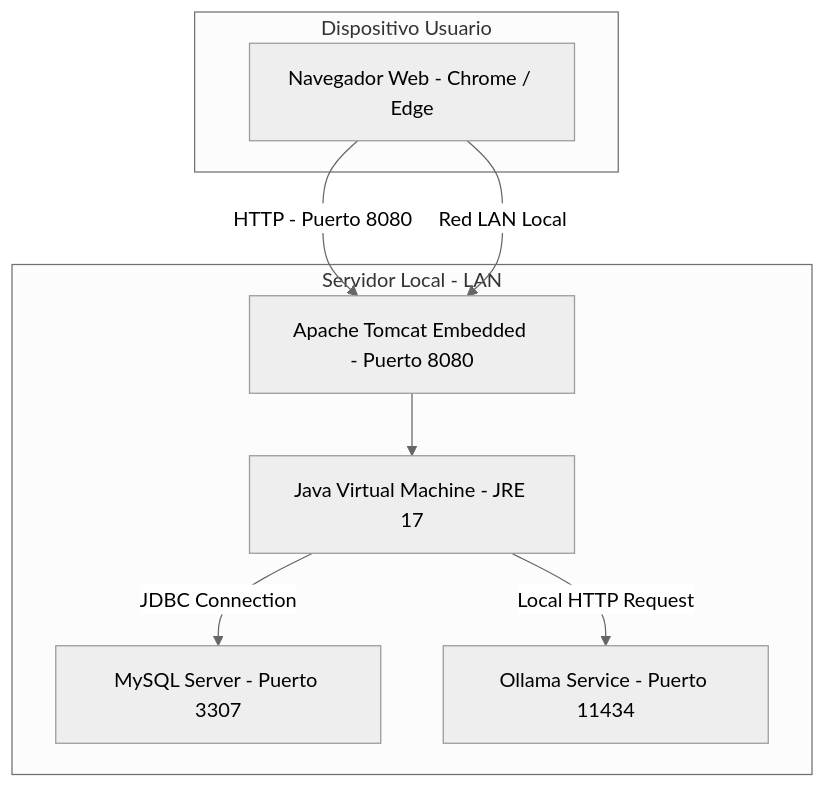
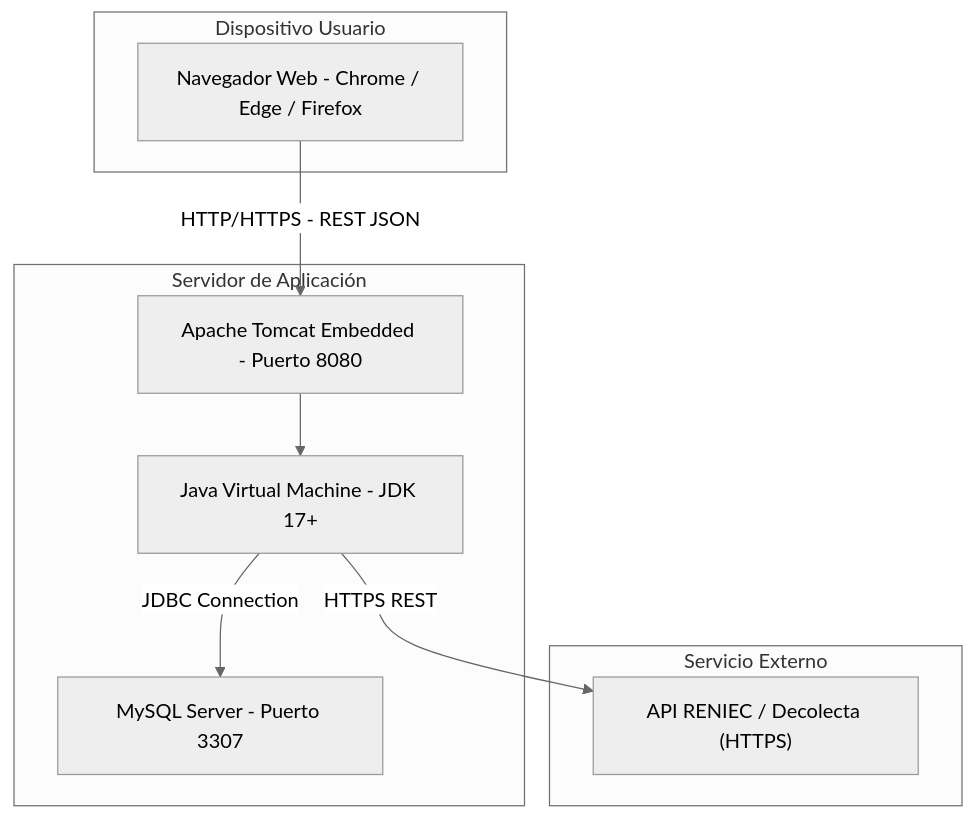
One commit to Xoryex/Proyecto_Escuela changed diagram 11 of 17 in Mis_documentos/Informe_ING_Software.md. Above: the diagram before and after it, drawn with Mermaid (neutral theme). The commit also changed other lines of this file and 9 other files, not shown here.

````diff
--- a/Mis_documentos/Informe_ING_Software.md
+++ b/Mis_documentos/Informe_ING_Software.md
@@ -1147,19 +1147,21 @@
 ```mermaid
 graph TD
     subgraph DispositivoUsuario["Dispositivo Usuario"]
-        browser["Navegador Web - Chrome / Edge"]
+        browser["Navegador Web - Chrome / Edge / Firefox"]
     end
 
-    subgraph ServidorLocal["Servidor Local - LAN"]
+    subgraph ServidorAplicacion["Servidor de Aplicación"]
         apache["Apache Tomcat Embedded - Puerto 8080"]
-        jvm["Java Virtual Machine - JRE 17"]
+        jvm["Java Virtual Machine - JDK 17+"]
         mysql["MySQL Server - Puerto 3307"]
-        ollama_svc["Ollama Service - Puerto 11434"]
     end
 
-    browser -- "HTTP - Puerto 8080" --> apache
-    browser -- "Red LAN Local" --> apache
+    subgraph ServicioExterno["Servicio Externo"]
+        decolecta["API RENIEC / Decolecta (HTTPS)"]
+    end
+
+    browser -- "HTTP/HTTPS - REST JSON" --> apache
     apache --> jvm
     jvm -- "JDBC Connection" --> mysql
-    jvm -- "Local HTTP Request" --> ollama_svc
+    jvm -- "HTTPS REST" --> decolecta
 ```
````
